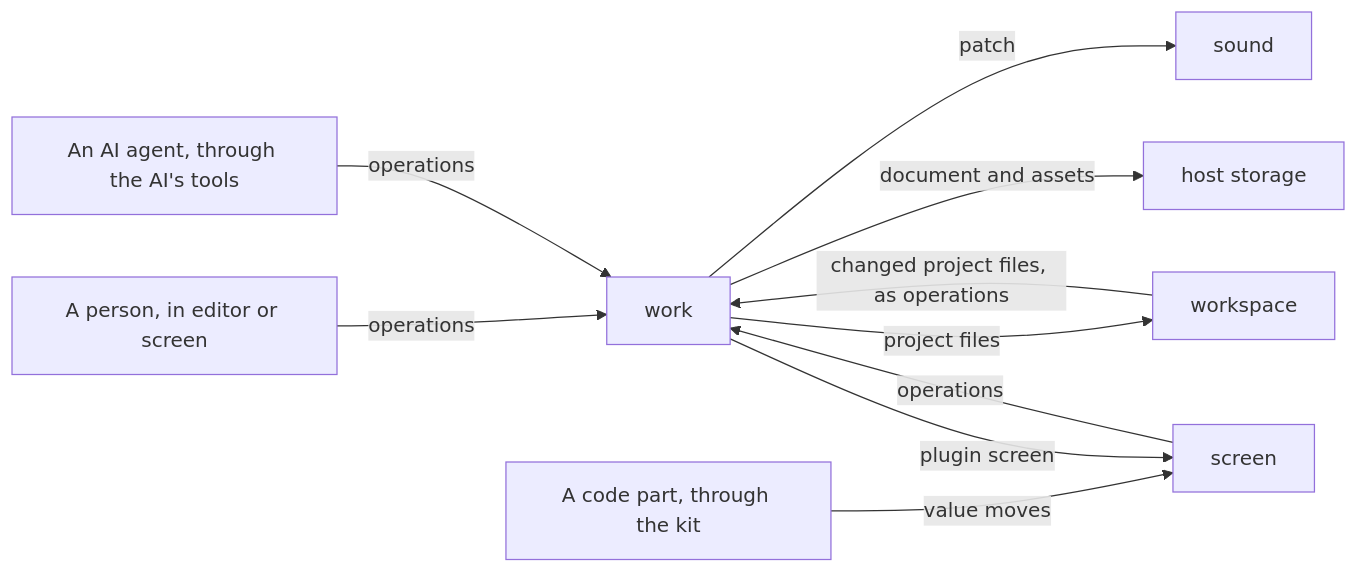
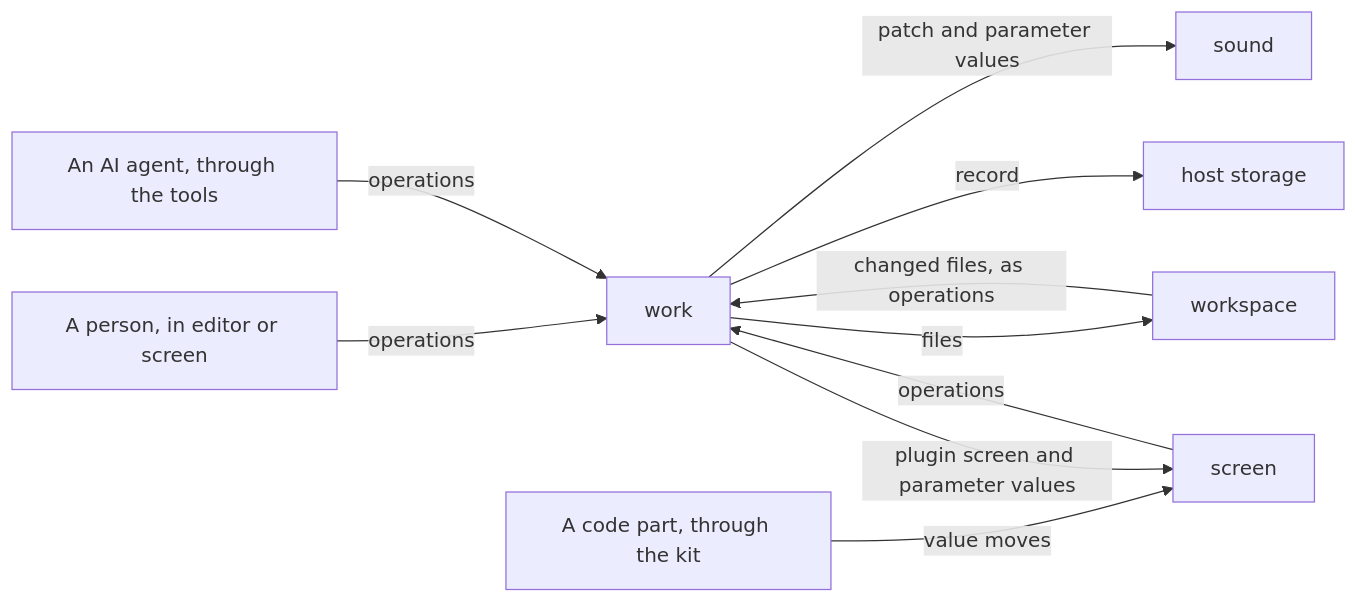
Before and after one commit to yuichkun/den-kit: the second of 2 diagrams in docs/architecture.md, drawn with Mermaid. The commit also changed other lines of this file and 1 other file, not shown here.

First line of the commit message:
Rewrite the principles and the architecture to the agreed design

````diff
--- a/docs/architecture.md
+++ b/docs/architecture.md
@@ -39,12 +40,12 @@
 ```mermaid
 flowchart LR
   person["A person, in editor or screen"] -- operations --> work
-  agent["An AI agent, through the AI's tools"] -- operations --> work
+  agent["An AI agent, through the tools"] -- operations --> work
   part["A code part, through the kit"] -- value moves --> screen
   screen -- operations --> work
-  workspace -- "changed project files, as operations" --> work
-  work -- patch --> sound
-  work -- "plugin screen" --> screen
-  work -- "project files" --> workspace
-  work -- "document and assets" --> storage["host storage"]
+  workspace -- "changed files, as operations" --> work
+  work -- "patch and parameter values" --> sound
+  work -- "plugin screen and parameter values" --> screen
+  work -- files --> workspace
+  work -- record --> storage["host storage"]
 ```
````
